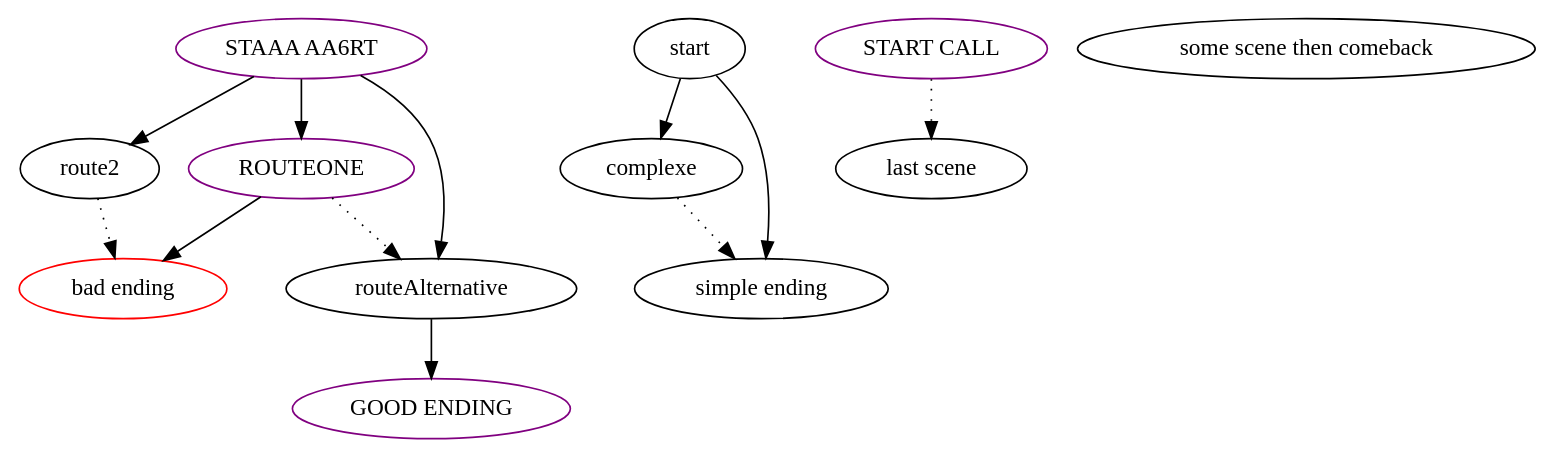
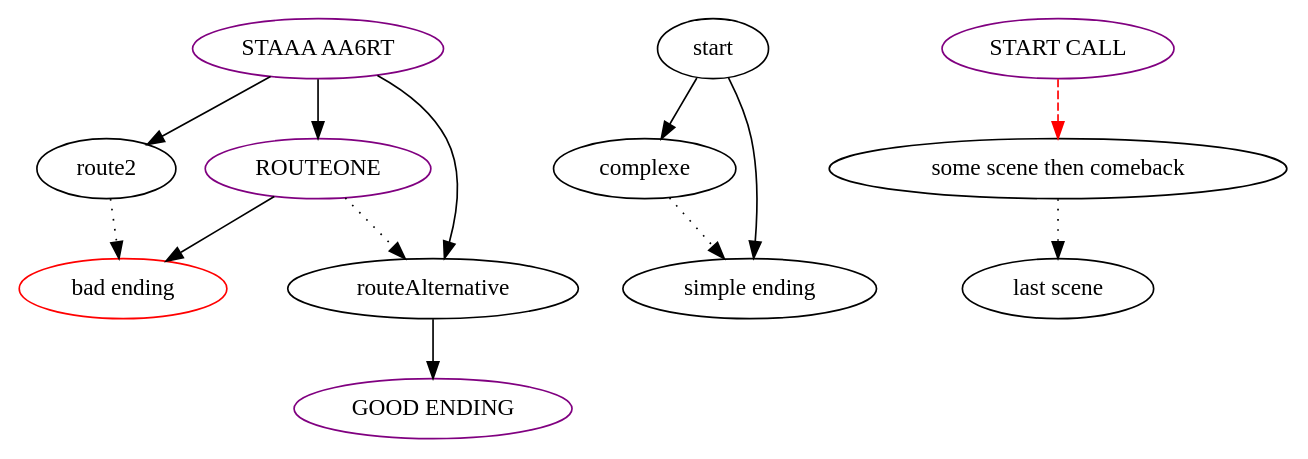
The diagram in renpy-graphviz.dot (EwenQuim/renpy-graphviz), drawn with Graphviz before and after one commit. The commit also changed 3 other files, not shown here.

```diff
--- a/renpy-graphviz.dot
+++ b/renpy-graphviz.dot
@@ -1,27 +1,28 @@
 digraph  {
 	
 	n5[color="red",label="bad ending"];
 	n12[label="complexe"];
 	n7[color="purple",label="GOOD ENDING"];
-	n2[label="last scene"];
+	n3[label="last scene"];
 	n8[label="route2"];
 	n6[label="routeAlternative"];
 	n4[color="purple",label="ROUTEONE"];
 	n11[label="simple ending"];
-	n3[label="some scene then comeback"];
+	n2[label="some scene then comeback"];
 	n9[color="purple",label="STAAA AA6RT"];
 	n10[label="start"];
 	n1[color="purple",label="START CALL"];
 	n12->n11[style="dotted"];
 	n8->n5[style="dotted"];
 	n6->n7;
 	n4->n5;
 	n4->n6[style="dotted"];
+	n2->n3[style="dotted"];
 	n9->n4;
 	n9->n8;
 	n9->n6;
 	n10->n11;
 	n10->n12;
-	n1->n2[style="dotted"];
+	n1->n2[color="red",style="dashed"];
 	
 }
```
